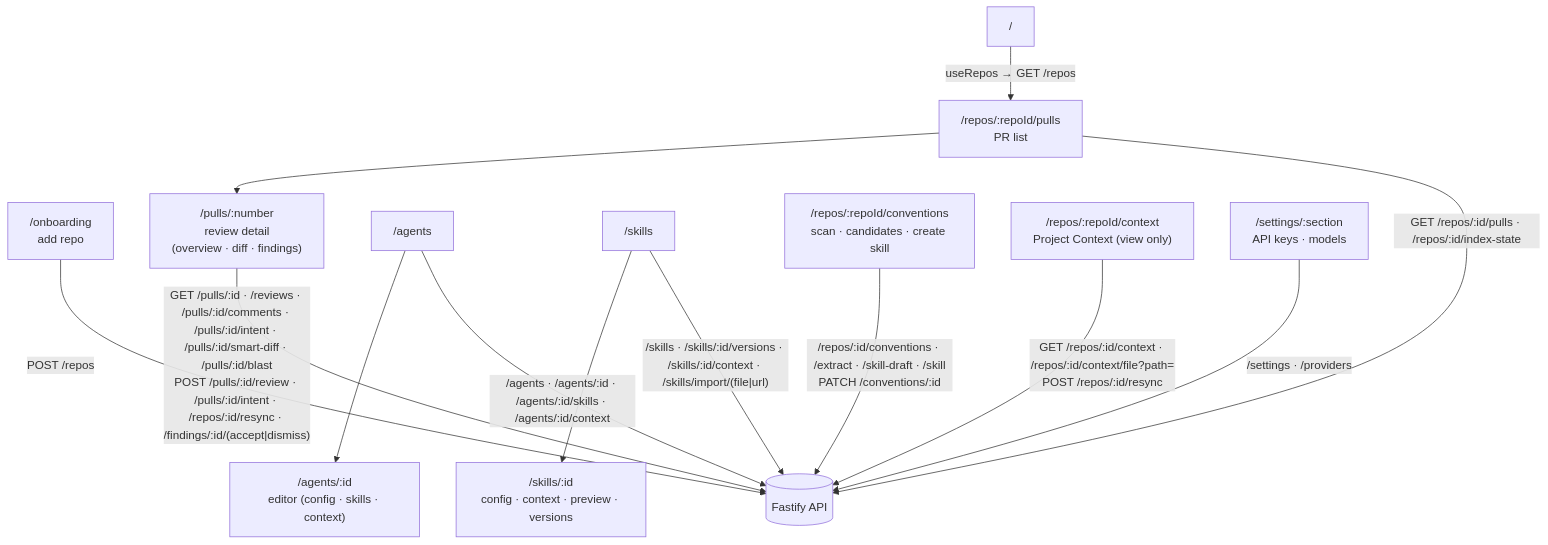
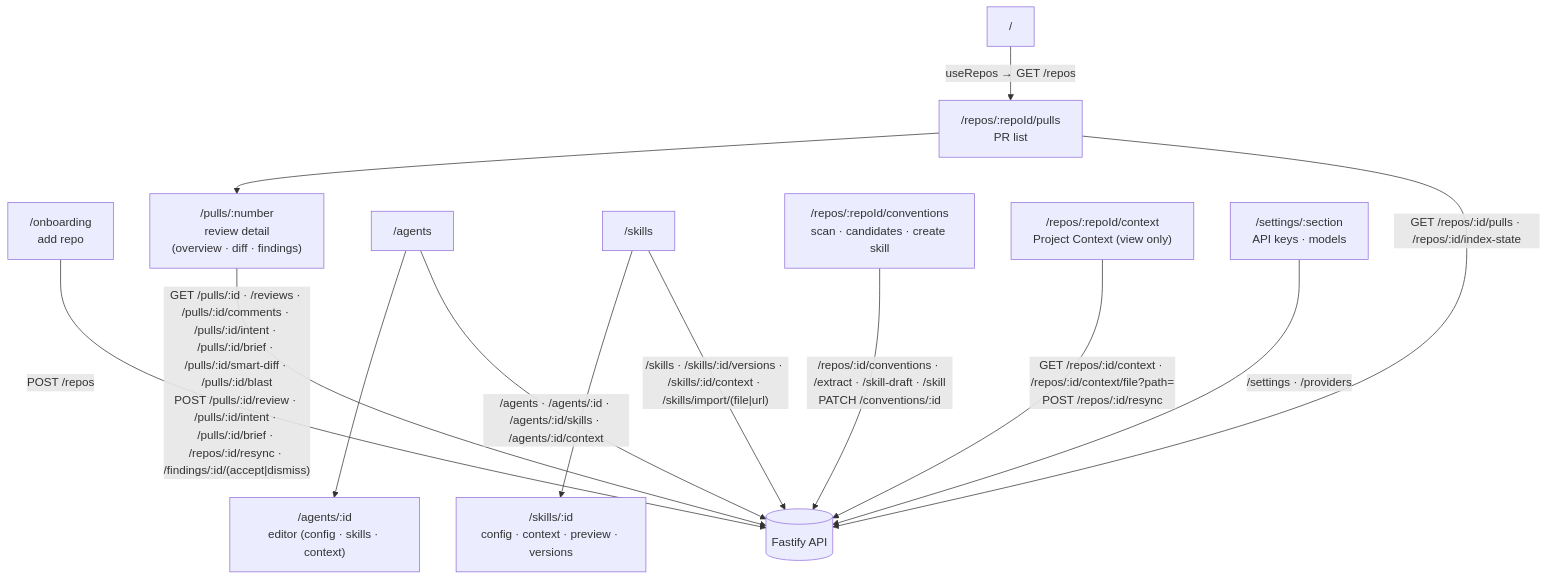
One commit to yrazub/dev-digest changed the diagram in client/README.md. Above: the diagram before and after it, drawn with Mermaid. The commit also changed other lines of this file and 18 other files, not shown here.

````diff
--- a/client/README.md
+++ b/client/README.md
@@ -24,20 +24,20 @@
 ```mermaid
 flowchart TD
   ROOT["/"] -->|"useRepos → GET /repos"| PULLS["/repos/:repoId/pulls<br/>PR list"]
   ONB["/onboarding<br/>add repo"] -->|"POST /repos"| API[("Fastify API")]
   PULLS --> PR["/pulls/:number<br/>review detail<br/>(overview · diff · findings)"]
 
   AGENTS["/agents"] --> AGENT["/agents/:id<br/>editor (config · skills · context)"]
   SKILLS["/skills"] --> SKILL["/skills/:id<br/>config · context · preview · versions"]
   CONV["/repos/:repoId/conventions<br/>scan · candidates · create skill"]
   CTX["/repos/:repoId/context<br/>Project Context (view only)"]
   SETTINGS["/settings/:section<br/>API keys · models"]
 
   PULLS -->|"GET /repos/:id/pulls · /repos/:id/index-state"| API
-  PR -->|"GET /pulls/:id · /reviews · /pulls/:id/comments · /pulls/:id/intent · /pulls/:id/smart-diff · /pulls/:id/blast<br/>POST /pulls/:id/review · /pulls/:id/intent · /repos/:id/resync · /findings/:id/(accept|dismiss)"| API
+  PR -->|"GET /pulls/:id · /reviews · /pulls/:id/comments · /pulls/:id/intent · /pulls/:id/brief · /pulls/:id/smart-diff · /pulls/:id/blast<br/>POST /pulls/:id/review · /pulls/:id/intent · /pulls/:id/brief · /repos/:id/resync · /findings/:id/(accept|dismiss)"| API
   AGENTS -->|"/agents · /agents/:id · /agents/:id/skills · /agents/:id/context"| API
   SKILLS -->|"/skills · /skills/:id/versions · /skills/:id/context · /skills/import/(file|url)"| API
   CTX -->|"GET /repos/:id/context · /repos/:id/context/file?path=<br/>POST /repos/:id/resync"| API
   CONV -->|"/repos/:id/conventions · /extract · /skill-draft · /skill<br/>PATCH /conventions/:id"| API
   SETTINGS -->|"/settings · /providers"| API
 ```
````
